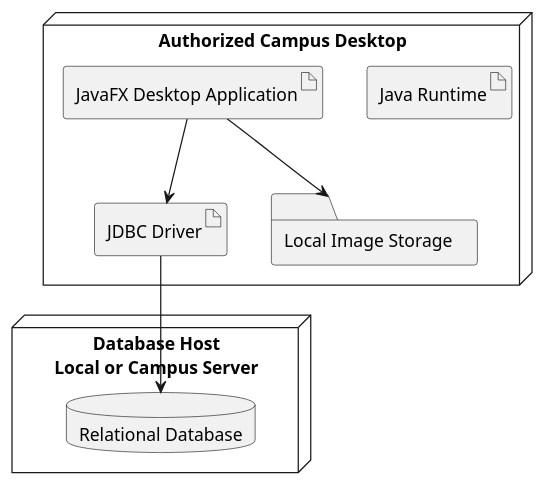
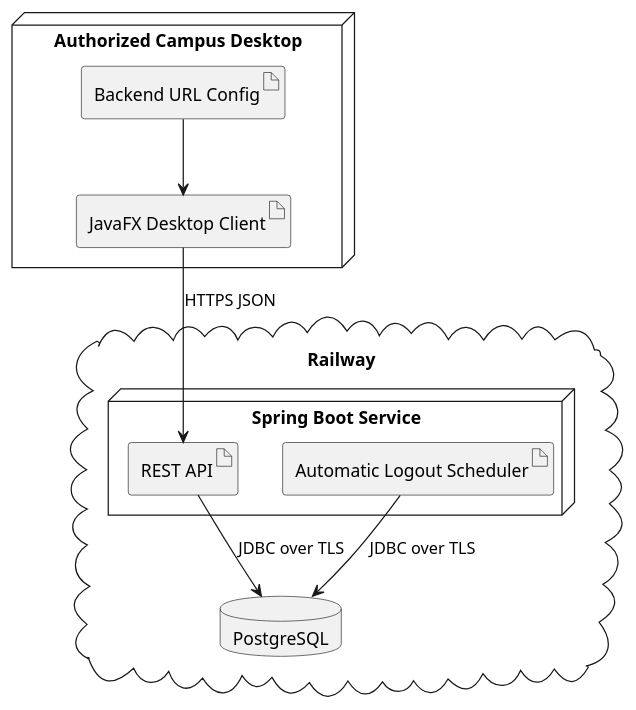
The diagram in docs/architecture/diagrams/plantuml/deployment-diagram.puml (isnotfred/javafx-byod-client), drawn with PlantUML before and after one commit. The commit also changed other lines of this file and 55 other files, not shown here.

Commit message:
Update system analysis and architecture documentation

```diff
--- a/docs/architecture/diagrams/plantuml/deployment-diagram.puml
+++ b/docs/architecture/diagrams/plantuml/deployment-diagram.puml
@@ -1,16 +1,19 @@
 @startuml
 node "Authorized Campus Desktop" {
-  artifact "Java Runtime"
-  artifact "JavaFX Desktop Application"
-  artifact "JDBC Driver"
-  folder "Local Image Storage"
+  artifact "JavaFX Desktop Client" as Frontend
+  artifact "Backend URL Config" as Config
 }
 
-node "Database Host\nLocal or Campus Server" {
-  database "Relational Database"
+cloud "Railway" {
+  node "Spring Boot Service" {
+    artifact "REST API" as Backend
+    artifact "Automatic Logout Scheduler" as Scheduler
+  }
+  database "PostgreSQL" as DB
 }
 
-"JavaFX Desktop Application" --> "JDBC Driver"
-"JDBC Driver" --> "Relational Database"
-"JavaFX Desktop Application" --> "Local Image Storage"
+Frontend --> Backend : HTTPS JSON
+Backend --> DB : JDBC over TLS
+Scheduler --> DB : JDBC over TLS
+Config --> Frontend
 @enduml
```
